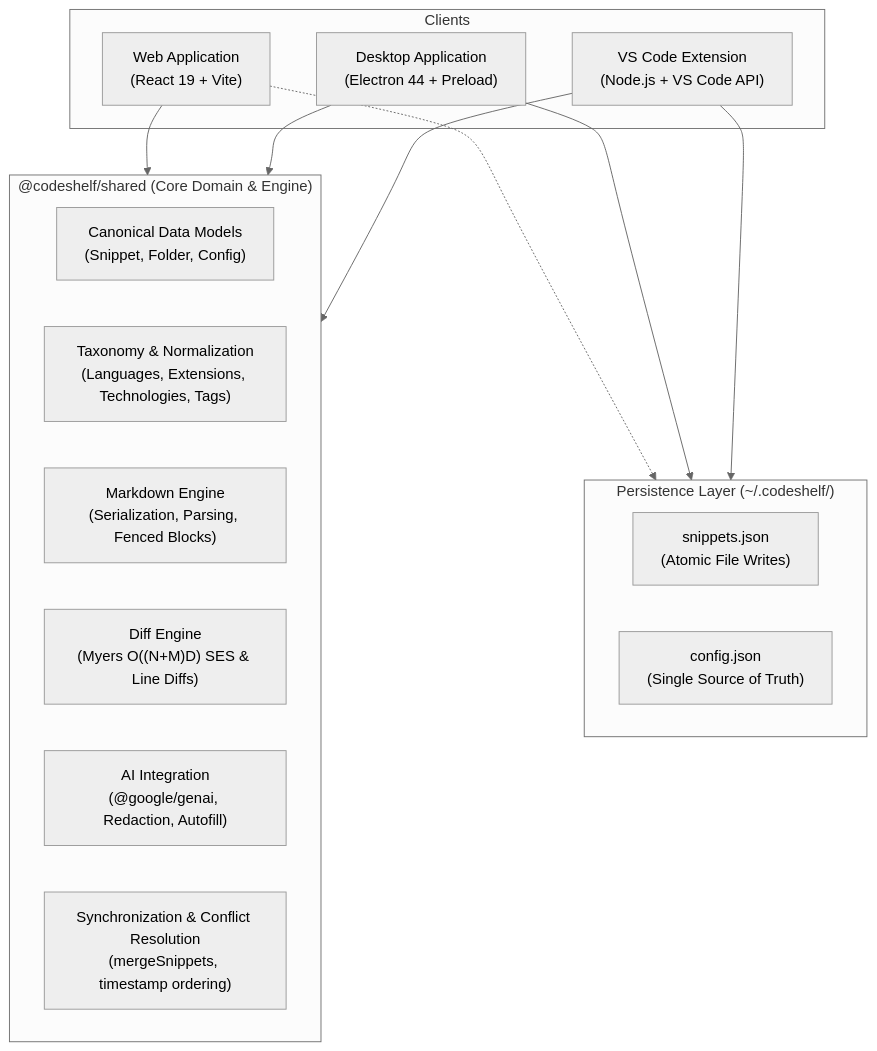
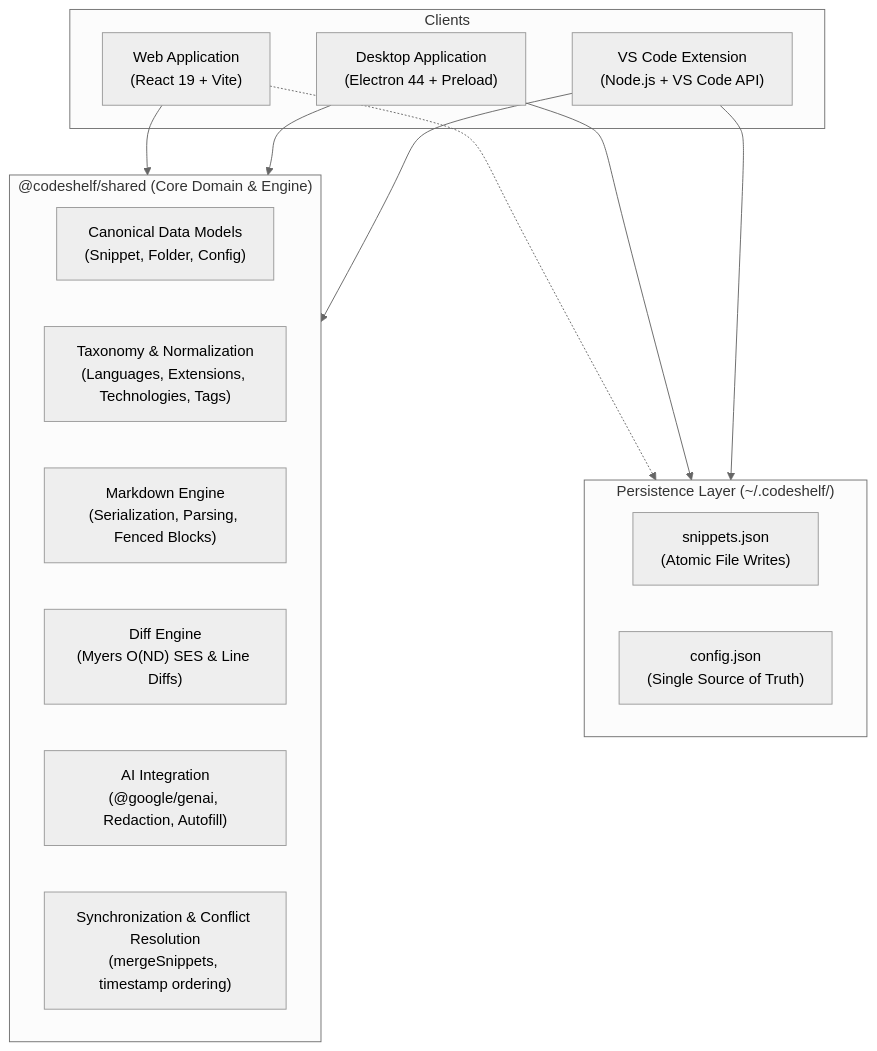
Before and after one commit to sagarkrjha/codeshelf: the first of 2 diagrams in docs/ARCHITECTURE.md, drawn with Mermaid (neutral theme). The commit also changed other lines of this file and 11 other files, not shown here.

````diff
--- a/docs/ARCHITECTURE.md
+++ b/docs/ARCHITECTURE.md
@@ -11,30 +11,30 @@
 ```mermaid
 graph TD
     subgraph Clients
         Web["Web Application<br/>(React 19 + Vite)"]
         Desktop["Desktop Application<br/>(Electron 44 + Preload)"]
         VSCode["VS Code Extension<br/>(Node.js + VS Code API)"]
     end
 
     subgraph CoreDomain["@codeshelf/shared (Core Domain & Engine)"]
         Models["Canonical Data Models<br/>(Snippet, Folder, Config)"]
         Taxonomy["Taxonomy & Normalization<br/>(Languages, Extensions, Technologies, Tags)"]
         Markdown["Markdown Engine<br/>(Serialization, Parsing, Fenced Blocks)"]
-        DiffEngine["Diff Engine<br/>(Myers O((N+M)D) SES & Line Diffs)"]
+        DiffEngine["Diff Engine<br/>(Myers O(ND) SES & Line Diffs)"]
         AI["AI Integration<br/>(@google/genai, Redaction, Autofill)"]
         Sync["Synchronization & Conflict Resolution<br/>(mergeSnippets, timestamp ordering)"]
     end
 
     subgraph Storage["Persistence Layer (~/.codeshelf/)"]
         SnippetsFile["snippets.json<br/>(Atomic File Writes)"]
         ConfigFile["config.json<br/>(Single Source of Truth)"]
     end
 
     Web --> CoreDomain
     Desktop --> CoreDomain
     VSCode --> CoreDomain
 
     Web -.-> Storage
     Desktop --> Storage
     VSCode --> Storage
 ```
````
